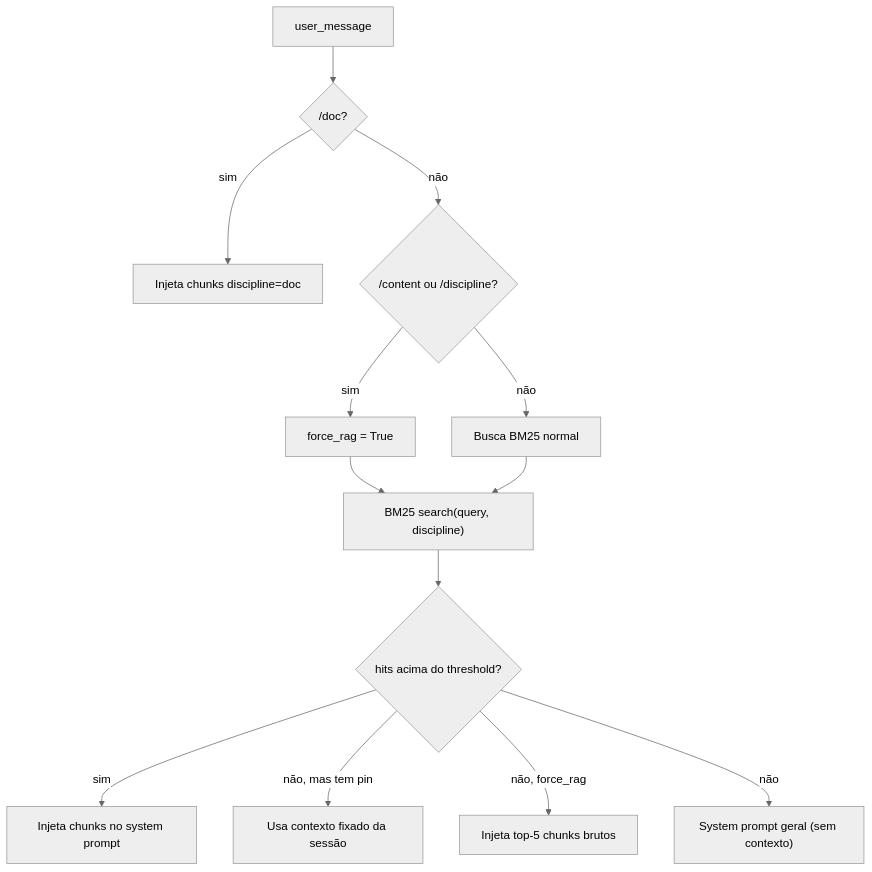
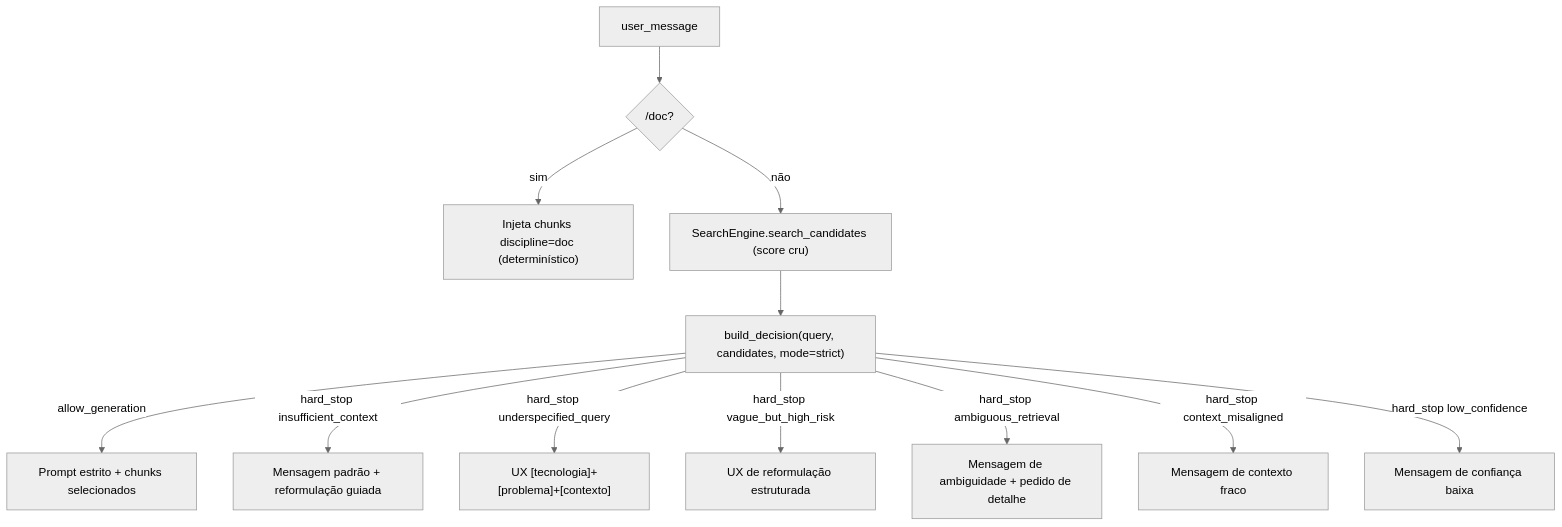
Before and after one commit to GaabDevWeb/KernelBot: the second of 2 diagrams in content/doc/documentation.md, drawn with Mermaid (neutral theme). The commit also changed other lines of this file and 20 other files, not shown here.

````diff
--- a/content/doc/documentation.md
+++ b/content/doc/documentation.md
@@ -159,15 +171,14 @@
 ```mermaid
 flowchart TD
     A["user_message"] --> B{"/doc?"}
-    B -->|sim| C["Injeta chunks discipline=doc"]
-    B -->|não| D{"/content ou /discipline?"}
-    D -->|sim| E["force_rag = True"]
-    D -->|não| F["Busca BM25 normal"]
-    E --> G["BM25 search(query, discipline)"]
-    F --> G
-    G --> H{"hits acima do threshold?"}
-    H -->|sim| I["Injeta chunks no system prompt"]
-    H -->|não, mas tem pin| J["Usa contexto fixado da sessão"]
-    H -->|não, force_rag| K["Injeta top-5 chunks brutos"]
-    H -->|não| L["System prompt geral (sem contexto)"]
+    B -->|sim| C["Injeta chunks discipline=doc (determinístico)"]
+    B -->|não| D["SearchEngine.search_candidates (score cru)"]
+    D --> E["build_decision(query, candidates, mode=strict)"]
+    E -->|allow_generation| F["Prompt estrito + chunks selecionados"]
+    E -->|hard_stop insufficient_context| G["Mensagem padrão + reformulação guiada"]
+    E -->|hard_stop underspecified_query| H["UX [tecnologia]+[problema]+[contexto]"]
+    E -->|hard_stop vague_but_high_risk| I["UX de reformulação estruturada"]
+    E -->|hard_stop ambiguous_retrieval| J["Mensagem de ambiguidade + pedido de detalhe"]
+    E -->|hard_stop context_misaligned| K["Mensagem de contexto fraco"]
+    E -->|hard_stop low_confidence| L["Mensagem de confiança baixa"]
 ```
````
